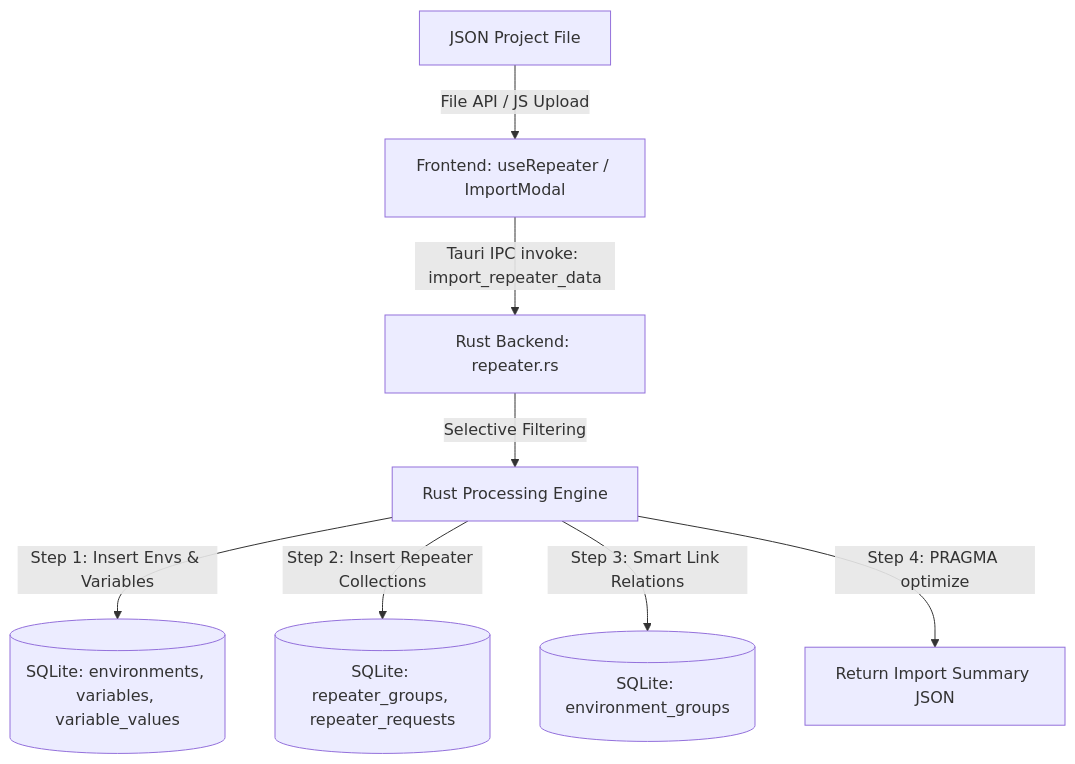
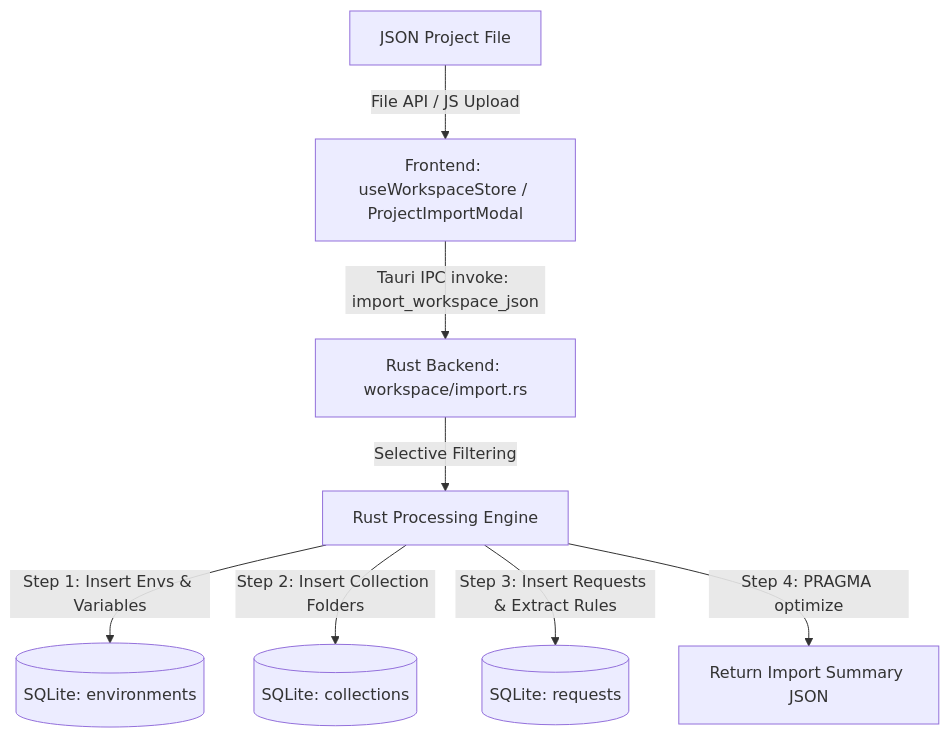
Before and after one commit to 7fuzz/mitm-rust: the diagram in IMPORT_PROJECT_FROM_JSON.md, drawn with Mermaid. The commit also changed other lines of this file, not shown here.

Commit message:
docs: update IMPORT_PROJECT_FROM_JSON.md with dynamic variables, UUIDv7, recursive interpolation, and auto-extraction

````diff
--- a/IMPORT_PROJECT_FROM_JSON.md
+++ b/IMPORT_PROJECT_FROM_JSON.md
@@ -11,10 +11,10 @@
 ```mermaid
 flowchart TD
-    A[JSON Project File] -->|File API / JS Upload| B[Frontend: useRepeater / ImportModal]
-    B -->|Tauri IPC invoke: import_repeater_data| C[Rust Backend: repeater.rs]
+    A[JSON Project File] -->|File API / JS Upload| B[Frontend: useWorkspaceStore / ProjectImportModal]
+    B -->|Tauri IPC invoke: import_workspace_json| C[Rust Backend: workspace/import.rs]
     C -->|Selective Filtering| D[Rust Processing Engine]
-    D -->|Step 1: Insert Envs & Variables| E[(SQLite: environments, variables, variable_values)]
-    D -->|Step 2: Insert Repeater Collections| F[(SQLite: repeater_groups, repeater_requests)]
-    D -->|Step 3: Smart Link Relations| G[(SQLite: environment_groups)]
+    D -->|Step 1: Insert Envs & Variables| E[(SQLite: environments)]
+    D -->|Step 2: Insert Collection Folders| F[(SQLite: collections)]
+    D -->|Step 3: Insert Requests & Extract Rules| G[(SQLite: requests)]
     D -->|Step 4: PRAGMA optimize| H[Return Import Summary JSON]
 ```
````
